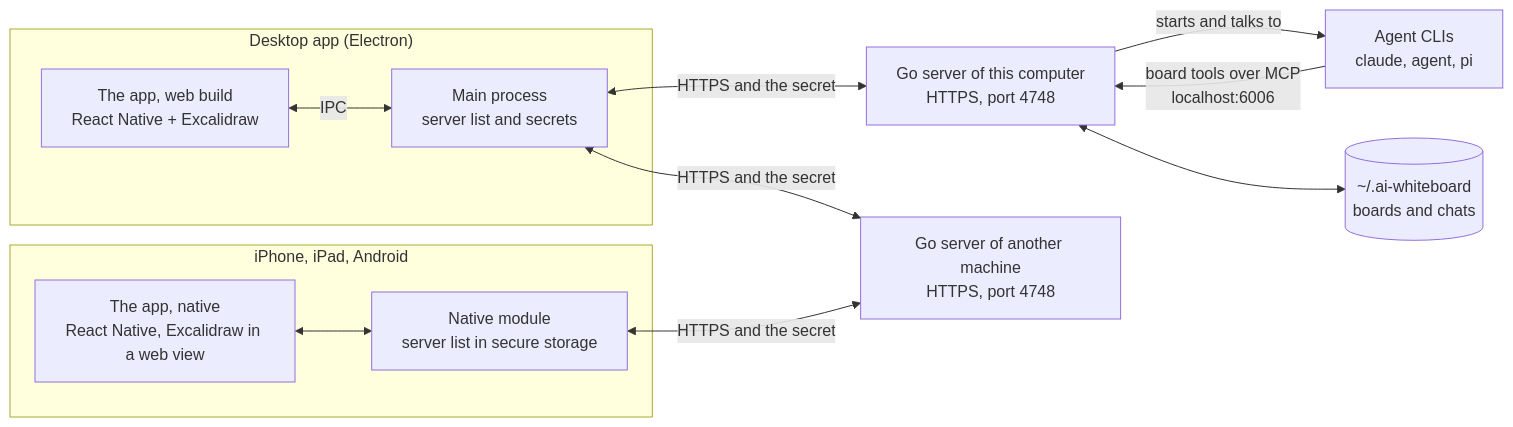
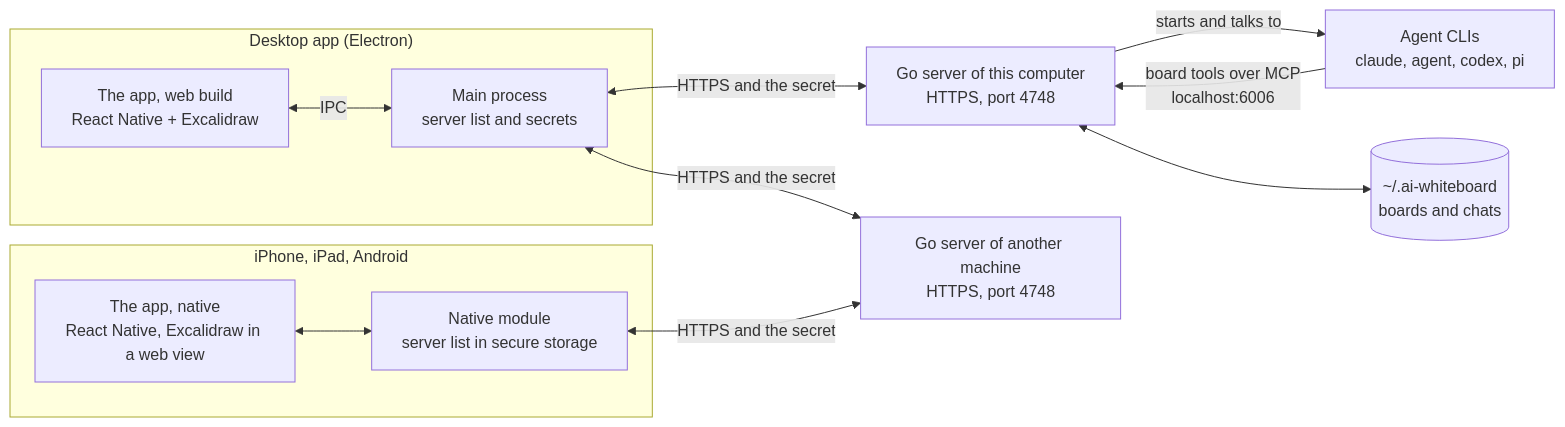
One commit to atfoc/ai-tandem changed the diagram in README.md. Above: the diagram before and after it, drawn with Mermaid. The commit also changed other lines of this file and 25 other files, not shown here.

````diff
--- a/README.md
+++ b/README.md
@@ -217,23 +223,23 @@
 ```mermaid
 flowchart LR
   subgraph DESK["Desktop app (Electron)"]
     UI["The app, web build<br/>React Native + Excalidraw"]
     M["Main process<br/>server list and secrets"]
     UI <-->|"IPC"| M
   end
   subgraph MOB["iPhone, iPad, Android"]
     UN["The app, native<br/>React Native, Excalidraw in a web view"]
     NM["Native module<br/>server list in secure storage"]
     UN <--> NM
   end
   S["Go server of this computer<br/>HTTPS, port 4748"]
   R["Go server of another machine<br/>HTTPS, port 4748"]
-  A["Agent CLIs<br/>claude, agent, pi"]
+  A["Agent CLIs<br/>claude, agent, codex, pi"]
   D[("~/.ai-whiteboard<br/>boards and chats")]
   M <-->|"HTTPS and the secret"| S
   M <-->|"HTTPS and the secret"| R
   NM <-->|"HTTPS and the secret"| R
   S -->|"starts and talks to"| A
   A -->|"board tools over MCP<br/>localhost:6006"| S
   S <--> D
 ```
````
